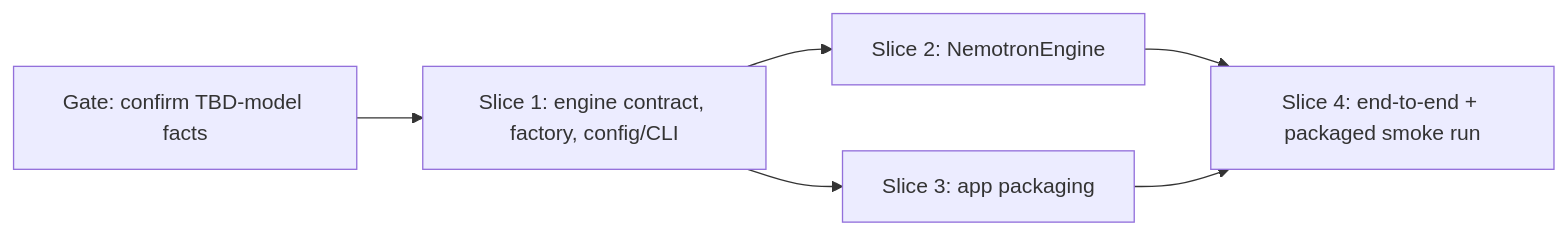
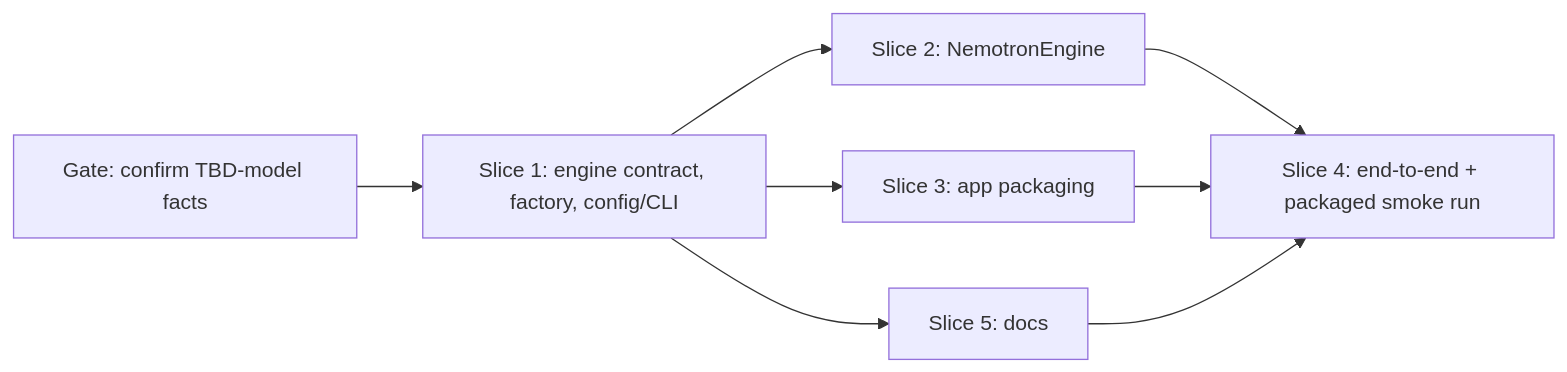
The diagram in openspec/changes/add-nemotron-diarization-engine/tasks.md (mgabs/tscribe), drawn with Mermaid before and after one commit. The commit also changed other lines of this file, not shown here.

````diff
--- a/openspec/changes/add-nemotron-diarization-engine/tasks.md
+++ b/openspec/changes/add-nemotron-diarization-engine/tasks.md
@@ -4,8 +4,10 @@
 ```mermaid
 flowchart LR
   S0[Gate: confirm TBD-model facts] --> S1[Slice 1: engine contract, factory, config/CLI]
   S1 --> S2[Slice 2: NemotronEngine]
   S1 --> S3[Slice 3: app packaging]
+  S1 --> S5[Slice 5: docs]
   S2 --> S4[Slice 4: end-to-end + packaged smoke run]
   S3 --> S4
+  S5 --> S4
 ```
````
